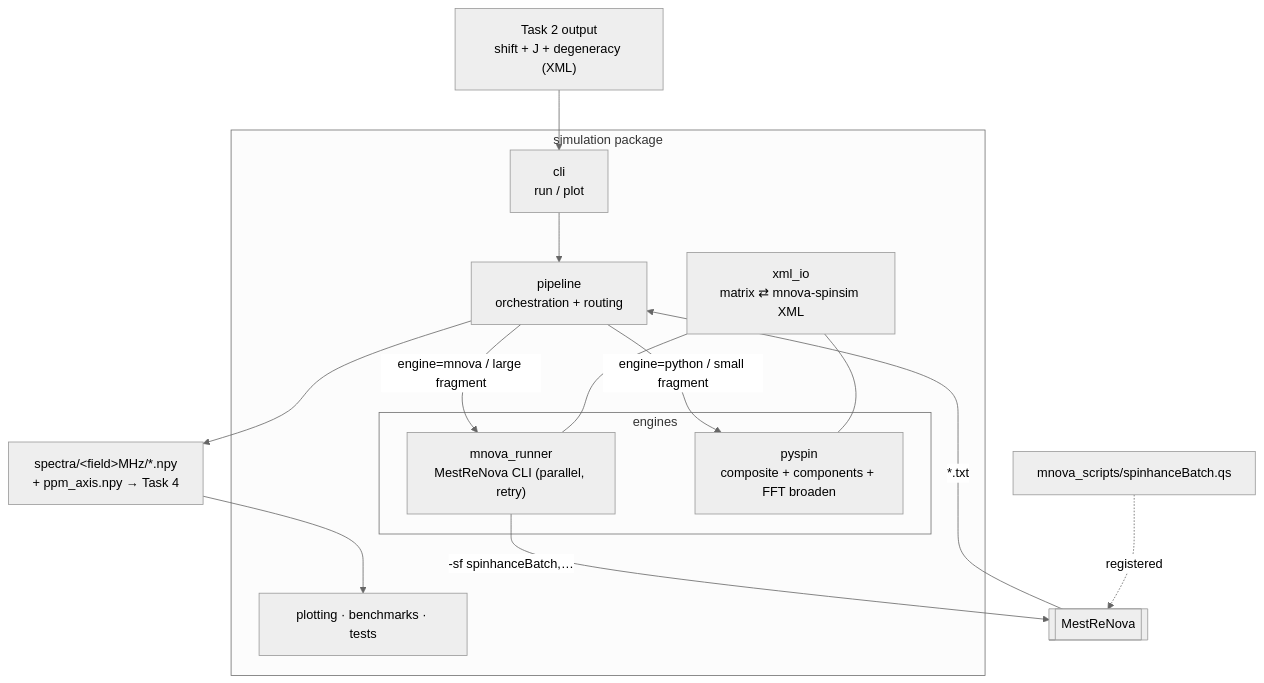
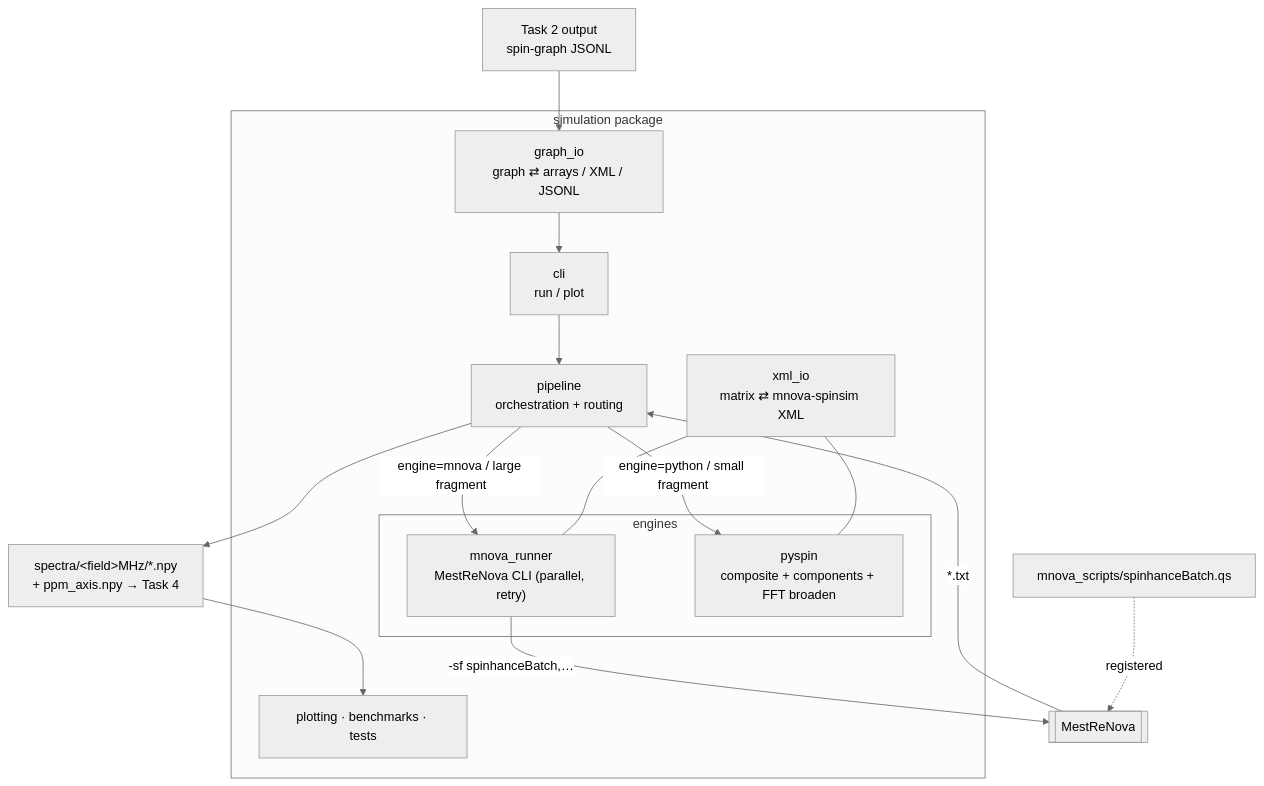
Before and after one commit to labounad/spinhance: the diagram in simulation/README.md, drawn with Mermaid (neutral theme). The commit also changed other lines of this file and 6 other files, not shown here.

First line of the commit message:
Add Task 2 spin-graph contract (graph_io) + wire into pyspin/MNova/CLI

````diff
--- a/simulation/README.md
+++ b/simulation/README.md
@@ -44,29 +58,30 @@
 ```mermaid
 flowchart TB
-    M["Task 2 output<br/>shift + J + degeneracy (XML)"]
+    M["Task 2 output<br/>spin-graph JSONL"]
 
     subgraph pkg["simulation package"]
+        GIO["graph_io<br/>graph ⇄ arrays / XML / JSONL"]
         XIO["xml_io<br/>matrix ⇄ mnova-spinsim XML"]
         CLI["cli<br/>run / plot"]
         PIPE["pipeline<br/>orchestration + routing"]
         subgraph engines["engines"]
             RUN["mnova_runner<br/>MestReNova CLI (parallel, retry)"]
             PY["pyspin<br/>composite + components + FFT broaden"]
         end
         PLOT["plotting · benchmarks · tests"]
     end
 
     QS["mnova_scripts/spinhanceBatch.qs"]
     MNOVA[["MestReNova"]]
     NPY["spectra/&lt;field&gt;MHz/*.npy<br/>+ ppm_axis.npy → Task 4"]
 
-    M --> CLI --> PIPE
+    M --> GIO --> CLI --> PIPE
     PIPE -->|"engine=mnova / large fragment"| RUN -->|"-sf spinhanceBatch,…"| MNOVA
     QS -. registered .-> MNOVA
     MNOVA -->|"*.txt"| PIPE
     PIPE -->|"engine=python / small fragment"| PY
     XIO --- RUN
     XIO --- PY
     PIPE --> NPY
     NPY --> PLOT
 ```
````
